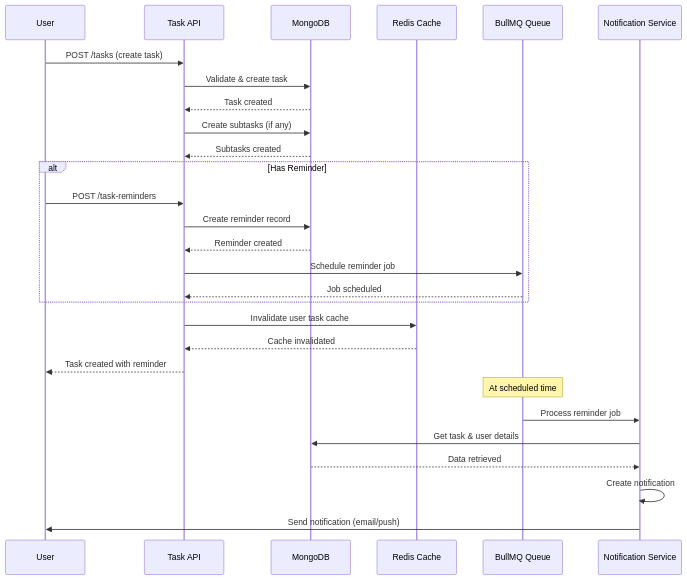
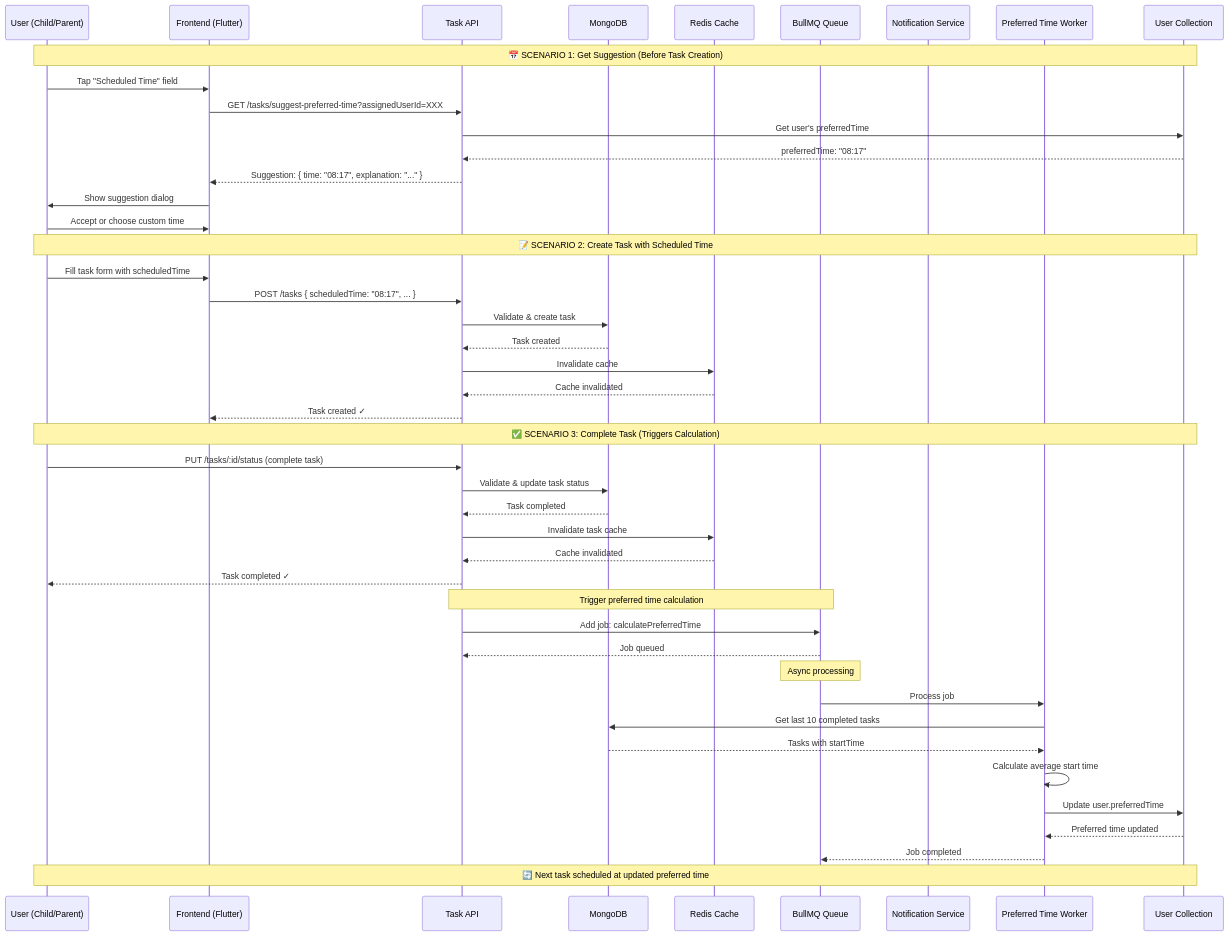
The diagram in task-management-backend-template/src/modules/task.module/doc/dia/task-sequence.mermaid (MohammadSheakh/task-management), drawn with Mermaid before and after one commit. The commit also changed 37 other files, not shown here.

```diff
--- a/task-management-backend-template/src/modules/task.module/doc/dia/task-sequence.mermaid
+++ b/task-management-backend-template/src/modules/task.module/doc/dia/task-sequence.mermaid
@@ -1,32 +1,51 @@
 sequenceDiagram
-    participant U as User
+    participant U as User (Child/Parent)
+    participant FE as Frontend (Flutter)
     participant API as Task API
     participant DB as MongoDB
     participant Redis as Redis Cache
     participant BullMQ as BullMQ Queue
     participant Notif as Notification Service
+    participant PrefWorker as Preferred Time Worker
+    participant UserDB as User Collection
 
-    U->>API: POST /tasks (create task)
+    Note over U,UserDB: 📅 SCENARIO 1: Get Suggestion (Before Task Creation)
+    U->>FE: Tap "Scheduled Time" field
+    FE->>API: GET /tasks/suggest-preferred-time?assignedUserId=XXX
+    API->>UserDB: Get user's preferredTime
+    UserDB-->>API: preferredTime: "08:17"
+    API-->>FE: Suggestion: { time: "08:17", explanation: "..." }
+    FE->>U: Show suggestion dialog
+    U->>FE: Accept or choose custom time
+
+    Note over U,UserDB: 📝 SCENARIO 2: Create Task with Scheduled Time
+    U->>FE: Fill task form with scheduledTime
+    FE->>API: POST /tasks { scheduledTime: "08:17", ... }
     API->>DB: Validate & create task
     DB-->>API: Task created
-    API->>DB: Create subtasks (if any)
-    DB-->>API: Subtasks created
+    API->>Redis: Invalidate cache
+    Redis-->>API: Cache invalidated
+    API-->>FE: Task created ✓
 
-    alt Has Reminder
-        U->>API: POST /task-reminders
-        API->>DB: Create reminder record
-        DB-->>API: Reminder created
-        API->>BullMQ: Schedule reminder job
-        BullMQ-->>API: Job scheduled
-    end
+    Note over U,UserDB: ✅ SCENARIO 3: Complete Task (Triggers Calculation)
+    U->>API: PUT /tasks/:id/status (complete task)
+    API->>DB: Validate & update task status
+    DB-->>API: Task completed
+    API->>Redis: Invalidate task cache
+    Redis-->>API: Cache invalidated
+    API-->>U: Task completed ✓
 
-    API->>Redis: Invalidate user task cache
-    Redis-->>API: Cache invalidated
-    API-->>U: Task created with reminder
+    Note over API,BullMQ: Trigger preferred time calculation
+    API->>BullMQ: Add job: calculatePreferredTime
+    BullMQ-->>API: Job queued
 
-    Note over BullMQ: At scheduled time
-    BullMQ->>Notif: Process reminder job
-    Notif->>DB: Get task & user details
-    DB-->>Notif: Data retrieved
-    Notif->>Notif: Create notification
-    Notif->>U: Send notification (email/push)
+    Note over BullMQ: Async processing
+    BullMQ->>PrefWorker: Process job
+    PrefWorker->>DB: Get last 10 completed tasks
+    DB-->>PrefWorker: Tasks with startTime
+    PrefWorker->>PrefWorker: Calculate average start time
+    PrefWorker->>UserDB: Update user.preferredTime
+    UserDB-->>PrefWorker: Preferred time updated
+    PrefWorker-->>BullMQ: Job completed
+
+    Note over U,UserDB: 🔄 Next task scheduled at updated preferred time
```
